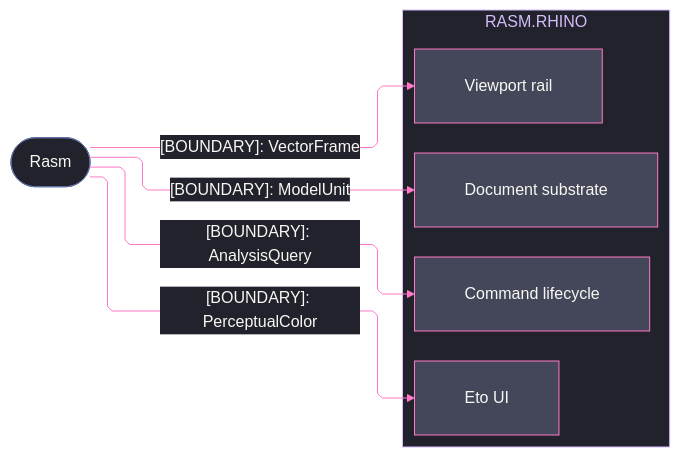
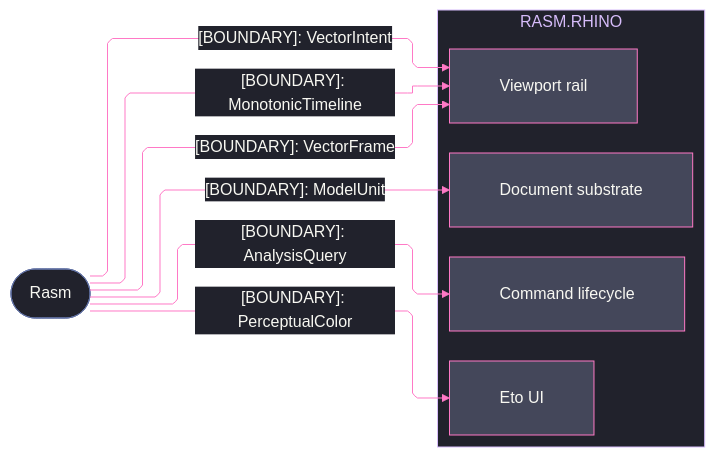
The second of 3 diagrams in libs/csharp/Rasm.Rhino/ARCHITECTURE.md (bsamiee/Rasm), drawn with Mermaid before and after one commit. The commit also changed other lines of this file and 24 other files, not shown here.

Commit message:
architecture: seam registries + codemaps aligned across the estate (worker fabric edges, scene rows, csharp/ts seam mirrors)

````diff
--- a/libs/csharp/Rasm.Rhino/ARCHITECTURE.md
+++ b/libs/csharp/Rasm.Rhino/ARCHITECTURE.md
@@ -105,48 +174,50 @@
 ```mermaid
 ---
 config:
   theme: base
   look: classic
   layout: elk
   flowchart:
     curve: linear
     padding: 25
   themeVariables:
     darkMode: true
     fontFamily: "SF Mono, Menlo, Cascadia Mono, Segoe UI Mono, Consolas, monospace"
     useGradient: false
     dropShadow: "none"
     background: "#282A36"
     primaryColor: "#44475A"
     primaryTextColor: "#F8F8F2"
     primaryBorderColor: "#BD93F9"
     lineColor: "#FF79C6"
     textColor: "#F8F8F2"
     clusterBkg: "#21222C"
     clusterBorder: "#D6BCFA"
     edgeLabelBackground: "#21222C"
     labelBackgroundColor: "#21222C"
     titleColor: "#D6BCFA"
   themeCSS: ".nodeLabel{font-size:13px;font-weight:500}.edgeLabel{font-size:12px;font-weight:500}.cluster-label .nodeLabel{font-size:13.5px;font-weight:700;letter-spacing:.08em}.edge-thickness-normal{stroke-width:2px}.edge-thickness-thick{stroke-width:3px}.edge-pattern-dashed,.edge-pattern-dotted{stroke-width:1.5px;stroke-dasharray:4 6}.node rect,.node circle,.node polygon,.node path,.node .outer-path{stroke-width:1.5px;filter:none!important}.cluster rect{stroke-width:1px!important;stroke-dasharray:5 4!important;filter:none!important}.marker path{transform:scale(.8);transform-origin:5px 5px}.marker circle{transform:scale(.48);transform-origin:5px 5px}.edgeLabel rect{transform-box:fill-box;transform-origin:center;transform:scale(1.1,1.2)}"
 ---
 flowchart LR
     accTitle: Rasm.Rhino kernel-boundary seams
     accDescr: Rasm.Rhino host sub-domain owners consuming frozen-name value contracts down from the Rasm kernel, edge rails colored by kind and nodes classed by seam direction.
     subgraph rhino[RASM.RHINO]
         Document[Document substrate]
         Commands[Command lifecycle]
         Viewport[Viewport rail]
         Eto[Eto UI]
     end
     Rasm([Rasm])
     Rasm e1@-->|"[BOUNDARY]: ModelUnit"| Document
     Rasm e2@-->|"[BOUNDARY]: VectorFrame"| Viewport
     Rasm e3@-->|"[BOUNDARY]: AnalysisQuery"| Commands
     Rasm e4@-->|"[BOUNDARY]: PerceptualColor"| Eto
+    Rasm e5@-->|"[BOUNDARY]: MonotonicTimeline"| Viewport
+    Rasm e6@-->|"[BOUNDARY]: VectorIntent"| Viewport
     classDef primary fill:#44475A,stroke:#FF79C6,color:#F8F8F2
     classDef annotation fill:#21222C,stroke:#6272A4,color:#F8F8F2
     classDef edgeControl stroke:#FF79C6,color:#F8F8F2
     class Document,Commands,Viewport,Eto primary
     class Rasm annotation
-    class e1,e2,e3,e4 edgeControl
+    class e1,e2,e3,e4,e5,e6 edgeControl
 ```
````
